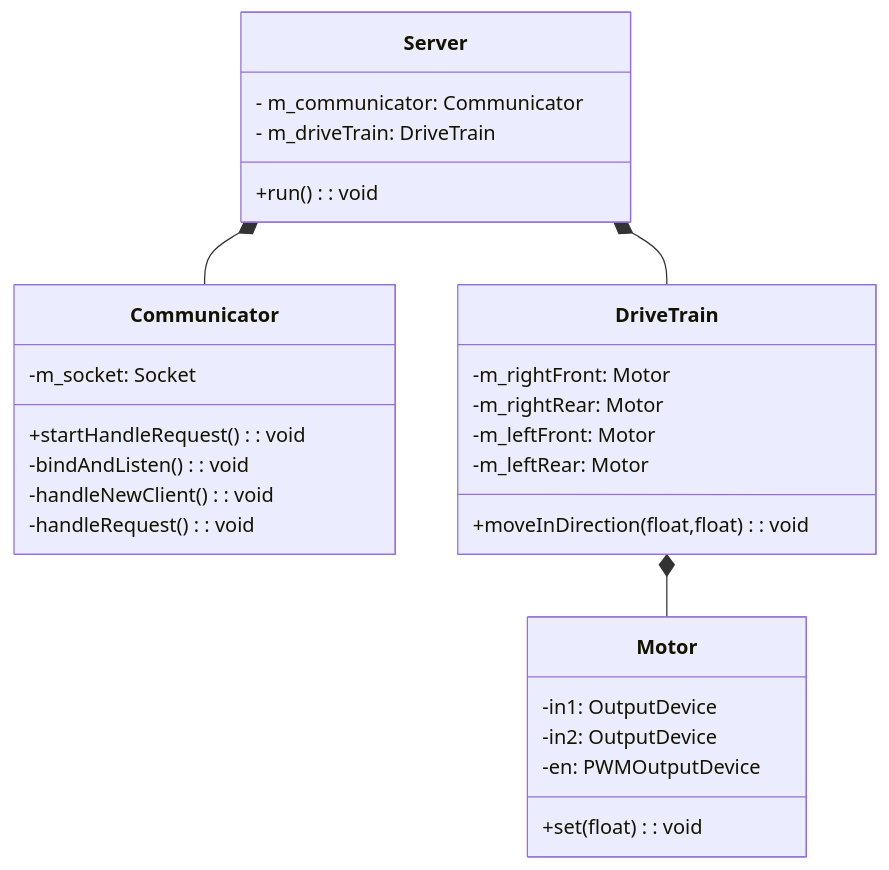
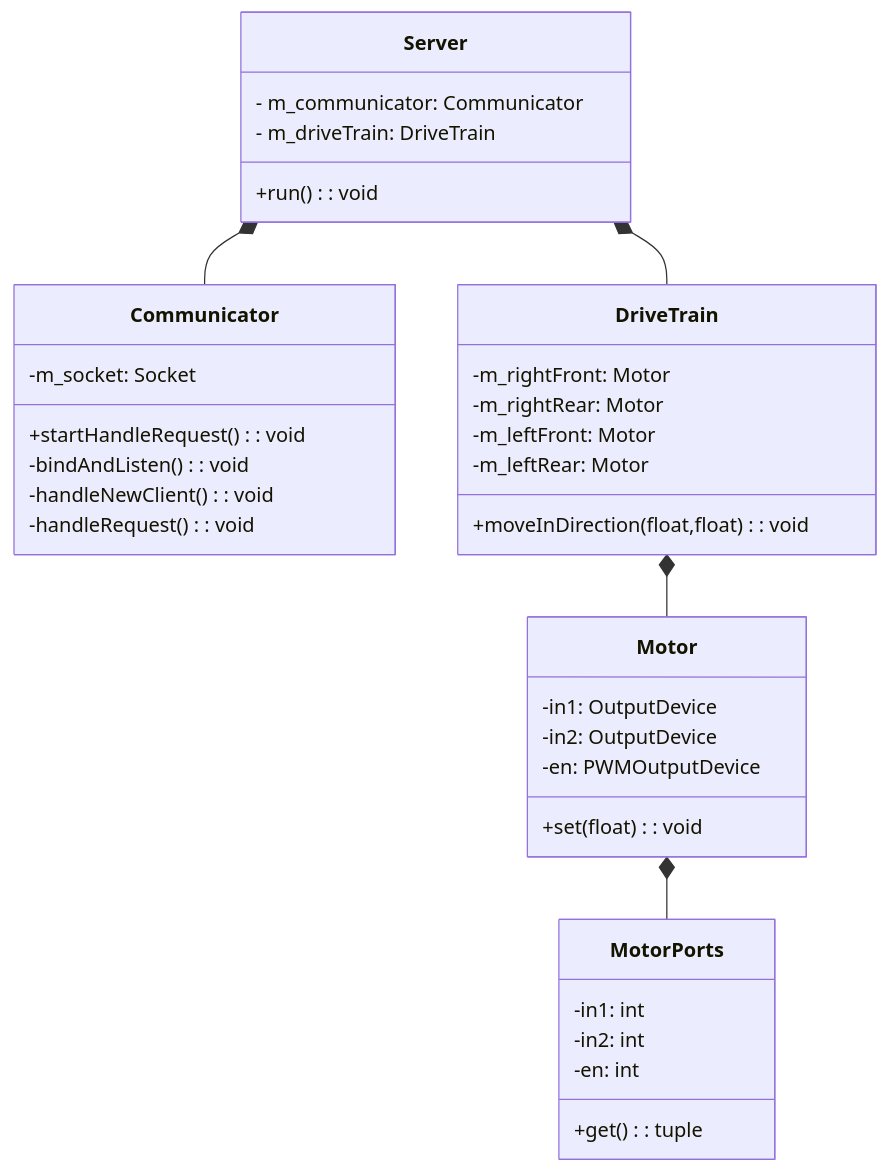
One commit to yaniraton/adama changed the first of 2 diagrams in README.md. Above: the diagram before and after it, drawn with Mermaid. The commit also changed 2 other files, not shown here.

Commit message:
Updated the existing classes with documentation and little changes

````diff
--- a/README.md
+++ b/README.md
@@ -3,31 +3,38 @@
 ```mermaid
 classDiagram
     Server *-- Communicator
     Server *-- DriveTrain
     DriveTrain *-- Motor
+    Motor *-- MotorPorts
     class Server{
         - m_communicator: Communicator
         - m_driveTrain: DriveTrain
         +run() : void
     }
     class Communicator{
         -m_socket: Socket
         +startHandleRequest() : void
         -bindAndListen() : void
         -handleNewClient() : void
         -handleRequest() : void
     }
     class DriveTrain{
         -m_rightFront: Motor
         -m_rightRear: Motor
         -m_leftFront: Motor
         -m_leftRear: Motor
         +moveInDirection(float,float) : void
     }
     class Motor{
         -in1: OutputDevice
         -in2: OutputDevice
         -en: PWMOutputDevice
         +set(float) : void
     }
+    class MotorPorts{
+        -in1: int
+        -in2: int
+        -en: int
+        +get() : tuple
+    }
 ```
````
